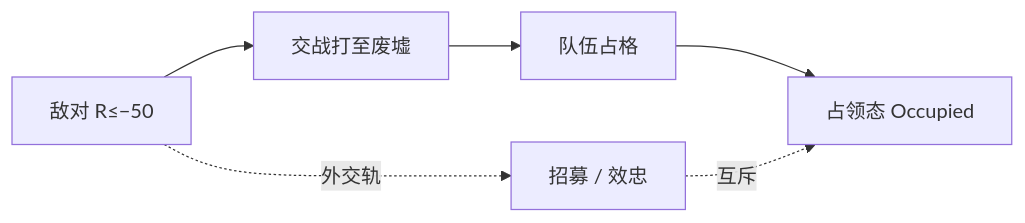
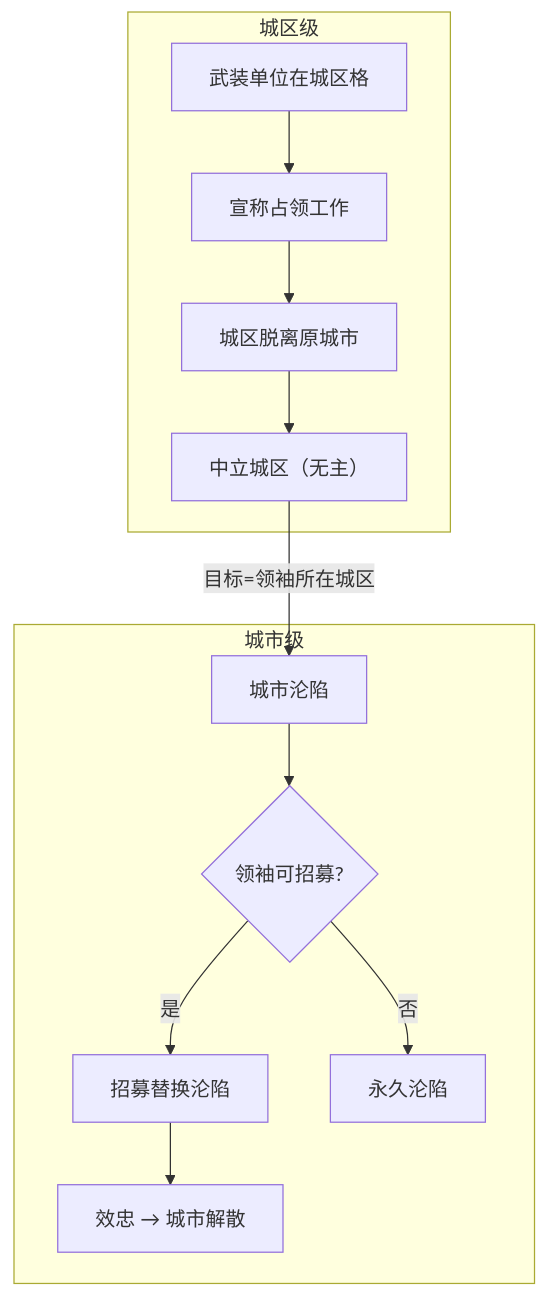
One commit to Estrella6066773/DriveToLight changed the diagram in Docs/02-系统设计/05-城市与领袖/领袖与势力.md. Above: the diagram before and after it, drawn with Mermaid. The commit also changed other lines of this file and 46 other files, not shown here.

````diff
--- a/Docs/02-系统设计/05-城市与领袖/领袖与势力.md
+++ b/Docs/02-系统设计/05-城市与领袖/领袖与势力.md
@@ -381,8 +395,15 @@
 ```mermaid
-flowchart LR
-    Hostile[敌对 R≤−50] --> Ruin[交战打至废墟]
-    Ruin --> Occupy[队伍占格]
-    Occupy --> Occupied[占领态 Occupied]
-    Hostile -.->|外交轨| Recruit[招募 / 效忠]
-    Recruit -.->|互斥| Occupied
+flowchart TB
+    subgraph 城区级
+        A[武装单位在城区格] --> B[宣称占领工作]
+        B --> C[城区脱离原城市]
+        C --> D[中立城区（无主）]
+    end
+    subgraph 城市级
+        D -->|目标=领袖所在城区| E[城市沦陷]
+        E --> F{领袖可招募?}
+        F -->|是| G[招募替换沦陷]
+        F -->|否| H[永久沦陷]
+        G --> I[效忠 → 城市解散]
+    end
 ```
````
